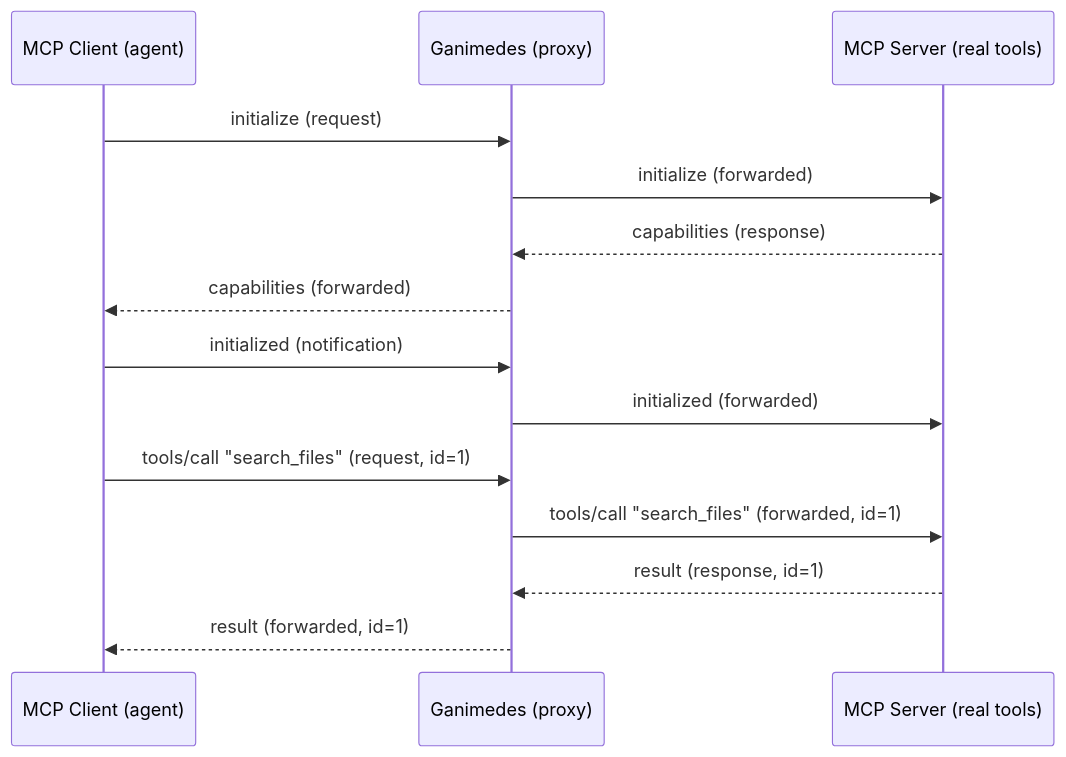
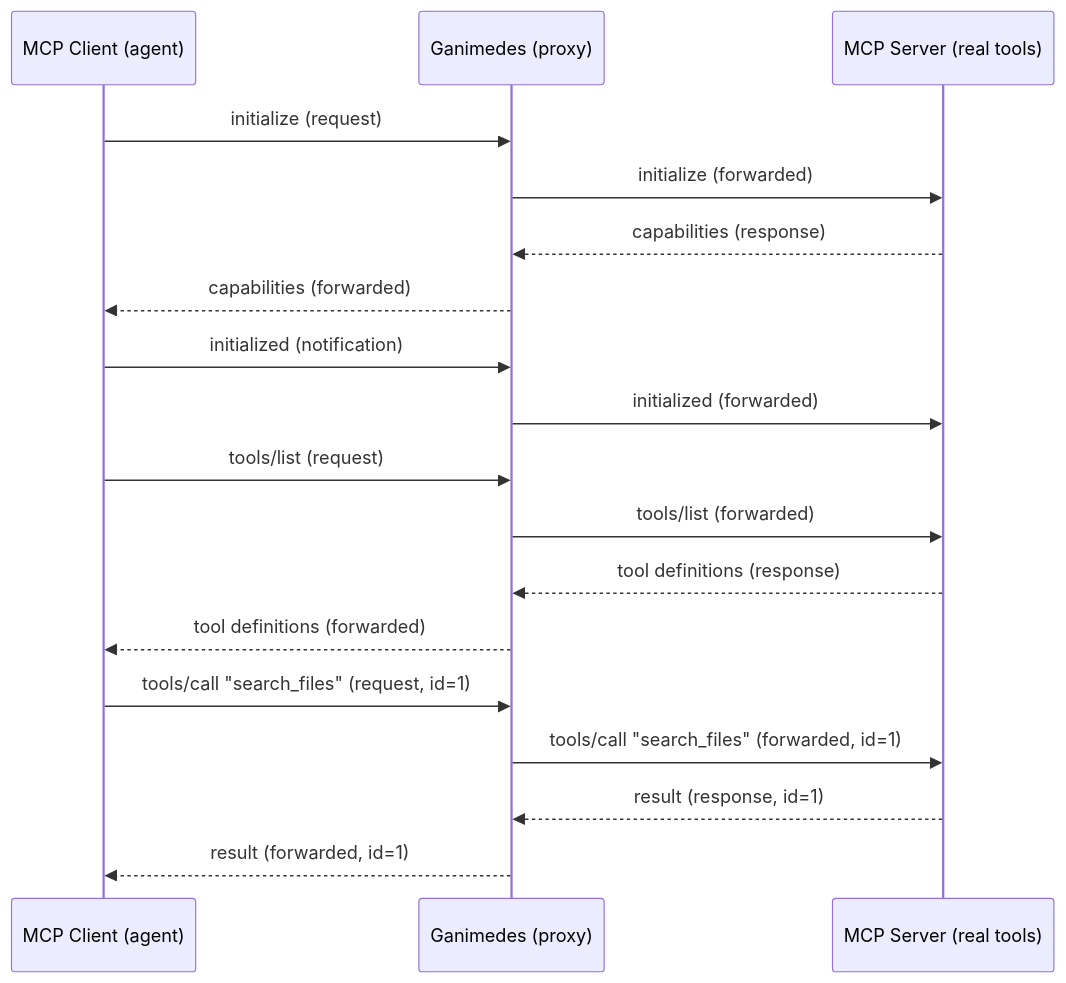
One commit to Jegoba90/Ganimedes-Project changed the first of 4 diagrams in docs/SEQUENCES.md. Above: the diagram before and after it, drawn with Mermaid. The commit also changed other lines of this file and 4 other files, not shown here.

````diff
--- a/docs/SEQUENCES.md
+++ b/docs/SEQUENCES.md
@@ -15,18 +21,23 @@
 ```mermaid
 sequenceDiagram
     participant C as MCP Client (agent)
     participant G as Ganimedes (proxy)
     participant S as MCP Server (real tools)
 
     C->>G: initialize (request)
     G->>S: initialize (forwarded)
     S-->>G: capabilities (response)
     G-->>C: capabilities (forwarded)
     C->>G: initialized (notification)
     G->>S: initialized (forwarded)
 
+    C->>G: tools/list (request)
+    G->>S: tools/list (forwarded)
+    S-->>G: tool definitions (response)
+    G-->>C: tool definitions (forwarded)
+
     C->>G: tools/call "search_files" (request, id=1)
     G->>S: tools/call "search_files" (forwarded, id=1)
     S-->>G: result (response, id=1)
     G-->>C: result (forwarded, id=1)
 ```
````
